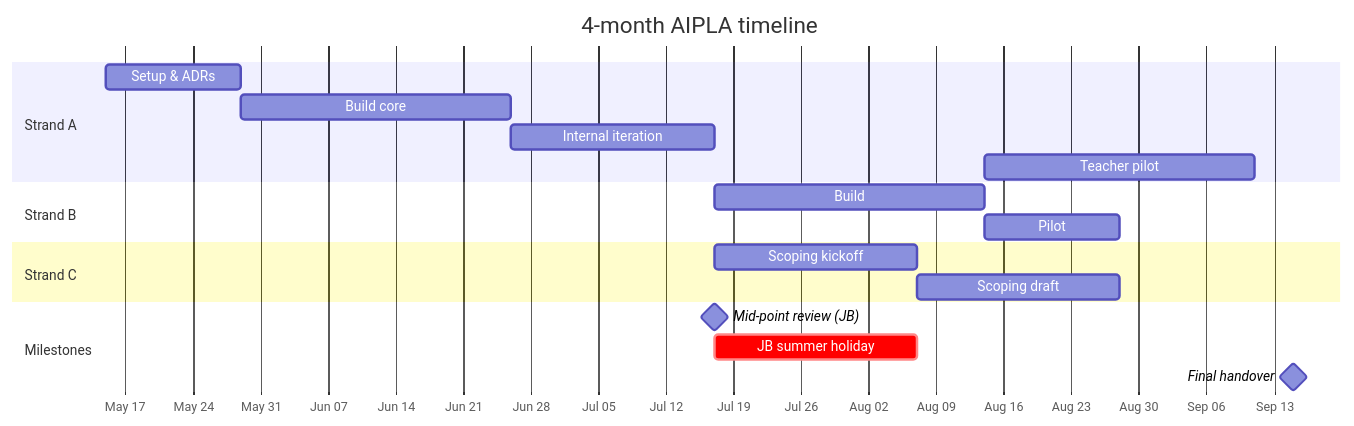
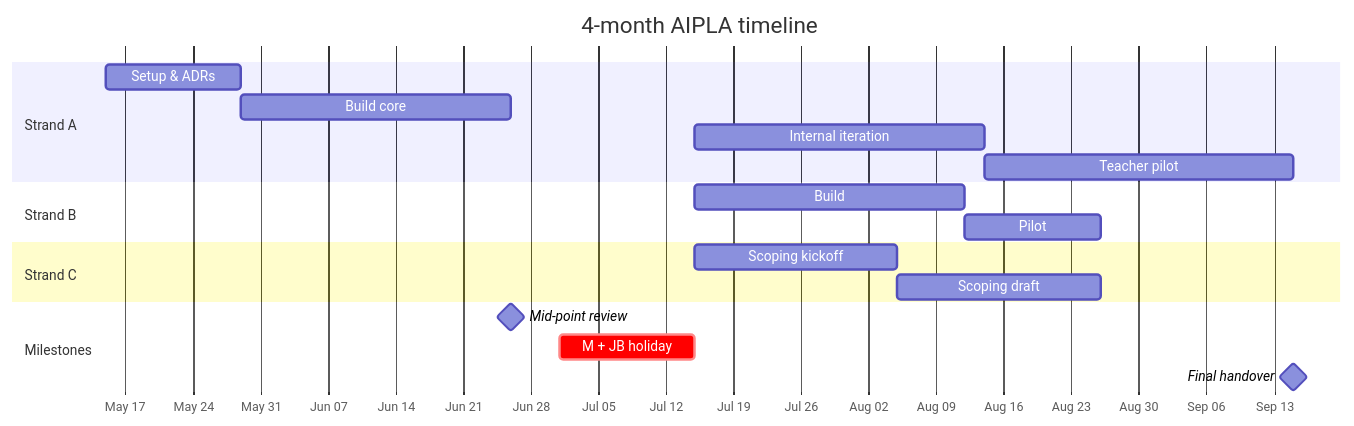
One commit to sunholo-data/aipla changed the diagram in timeline.qmd. Above: the diagram before and after it, drawn with Mermaid. The commit also changed other lines of this file and 1 other file, not shown here.

First line of the commit message:
Timeline correction: mid-point review moves to week 6 (pre-holiday)

````diff
--- a/timeline.qmd
+++ b/timeline.qmd
@@ -12,26 +13,26 @@
 ```{mermaid}
 gantt
     title 4-month AIPLA timeline
     dateFormat YYYY-MM-DD
     axisFormat %b %d
     todayMarker off
 
     section Strand A
     Setup & ADRs              :a1, 2026-05-15, 14d
     Build core                :a2, after a1, 28d
-    Internal iteration        :a3, after a2, 21d
-    Teacher pilot             :a4, 2026-08-14, 28d
+    Internal iteration        :a3, 2026-07-15, 30d
+    Teacher pilot             :a4, 2026-08-14, 32d
 
     section Strand B
-    Build                     :b1, 2026-07-17, 28d
+    Build                     :b1, 2026-07-15, 28d
     Pilot                     :b2, after b1, 14d
 
     section Strand C
-    Scoping kickoff           :c1, 2026-07-17, 21d
+    Scoping kickoff           :c1, 2026-07-15, 21d
     Scoping draft             :c2, after c1, 21d
 
     section Milestones
-    Mid-point review (JB)     :milestone, m1, 2026-07-17, 0d
-    JB summer holiday         :crit, 2026-07-17, 21d
+    Mid-point review          :milestone, m1, 2026-06-26, 0d
+    M + JB holiday            :crit, 2026-07-01, 14d
     Final handover            :milestone, m2, 2026-09-15, 0d
 ```
````
